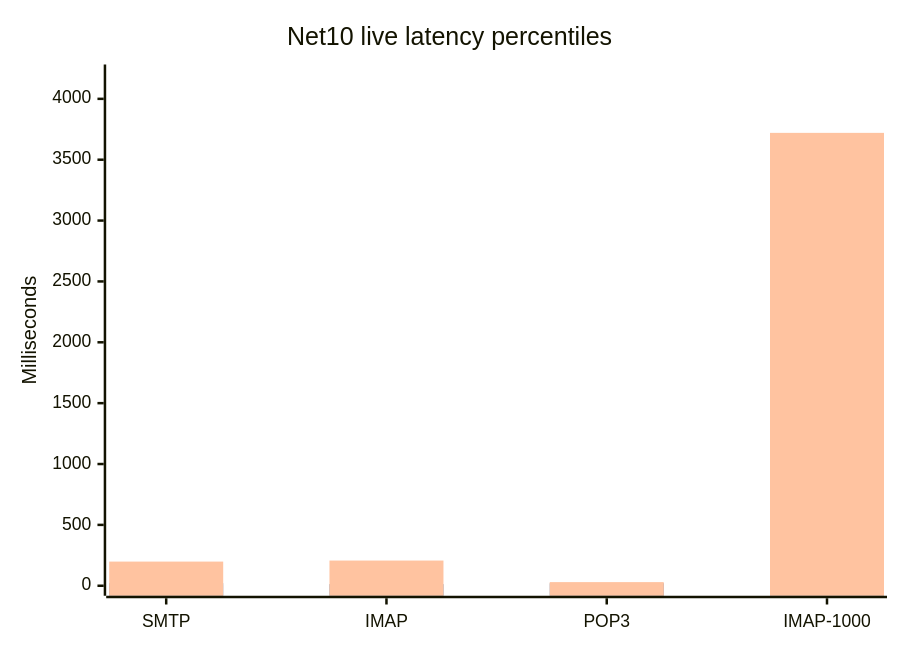
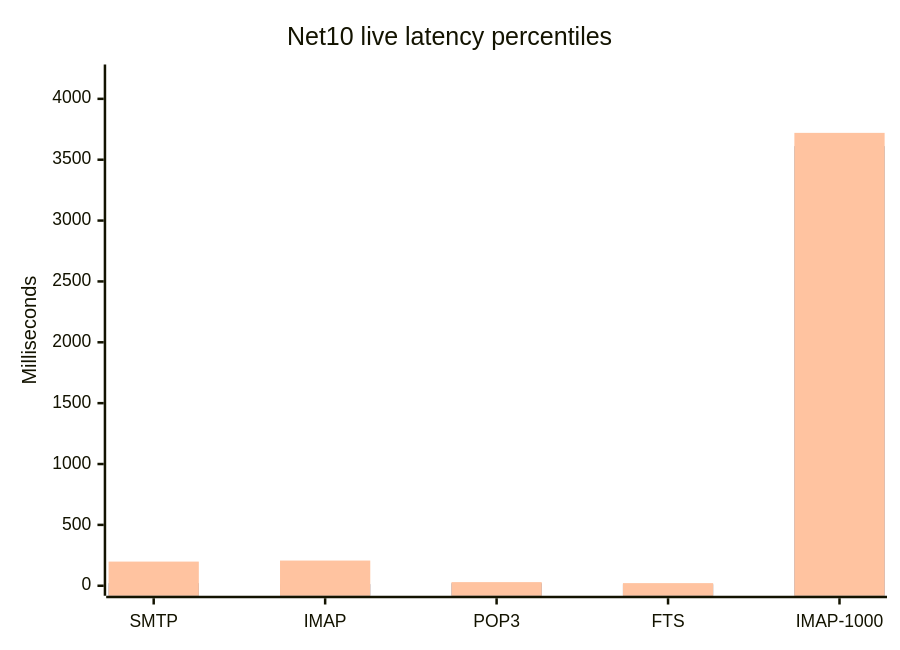
One commit to mk148a/hmailserver changed the first of 2 diagrams in hmailserver/source/Server.Net10/PERFORMANCE_COMPARISON_REPORT.md. Above: the diagram before and after it, drawn with Mermaid. The commit also changed other lines of this file and 5 other files, not shown here.

````diff
--- a/hmailserver/source/Server.Net10/PERFORMANCE_COMPARISON_REPORT.md
+++ b/hmailserver/source/Server.Net10/PERFORMANCE_COMPARISON_REPORT.md
@@ -39,9 +46,9 @@
 ```mermaid
 xychart-beta
     title "Net10 live latency percentiles"
-    x-axis [SMTP, IMAP, POP3, IMAP-1000]
+    x-axis [SMTP, IMAP, POP3, FTS, IMAP-1000]
     y-axis "Milliseconds" 0 --> 4200
-    bar [5.235, 9.415, 12.258, 2506.190]
-    bar [21.270, 13.701, 20.972, 3611.596]
-    bar [198.446, 207.027, 29.862, 3720.543]
+    bar [5.235, 9.415, 12.258, 7.900, 2506.190]
+    bar [21.270, 13.701, 20.972, 12.802, 3611.596]
+    bar [198.446, 207.027, 29.862, 21.557, 3720.543]
 ```
````
